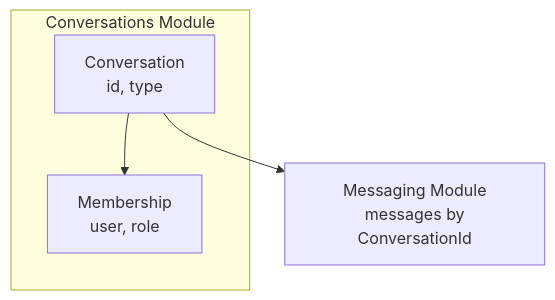
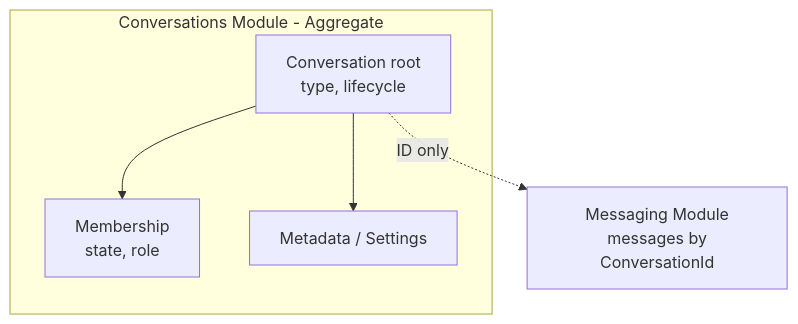
Before and after one commit to mohamedAbdelhamed03/ChatSolution: the third of 3 diagrams in docs/20-architecture/20-architecture-overview.md, drawn with Mermaid. The commit also changed other lines of this file and 14 other files, not shown here.

First line of the commit message:
docs(architecture): finalize AD-007 with lifecycle and invariant amendments

````diff
--- a/docs/20-architecture/20-architecture-overview.md
+++ b/docs/20-architecture/20-architecture-overview.md
@@ -120,10 +126,12 @@
 ```mermaid
 flowchart TB
-    subgraph Conversations Module
-      Conv[Conversation\n id, type]
-      Mem[Membership\n user, role]
+    subgraph Conversations Module - Aggregate
+      Conv[Conversation root\n type, lifecycle]
+      Mem[Membership\n state, role]
+      Meta[Metadata / Settings]
       Conv --> Mem
+      Conv --> Meta
     end
     Msg[Messaging Module\n messages by ConversationId]
-    Conv --> Msg
+    Conv -.->|ID only| Msg
 ```
````
